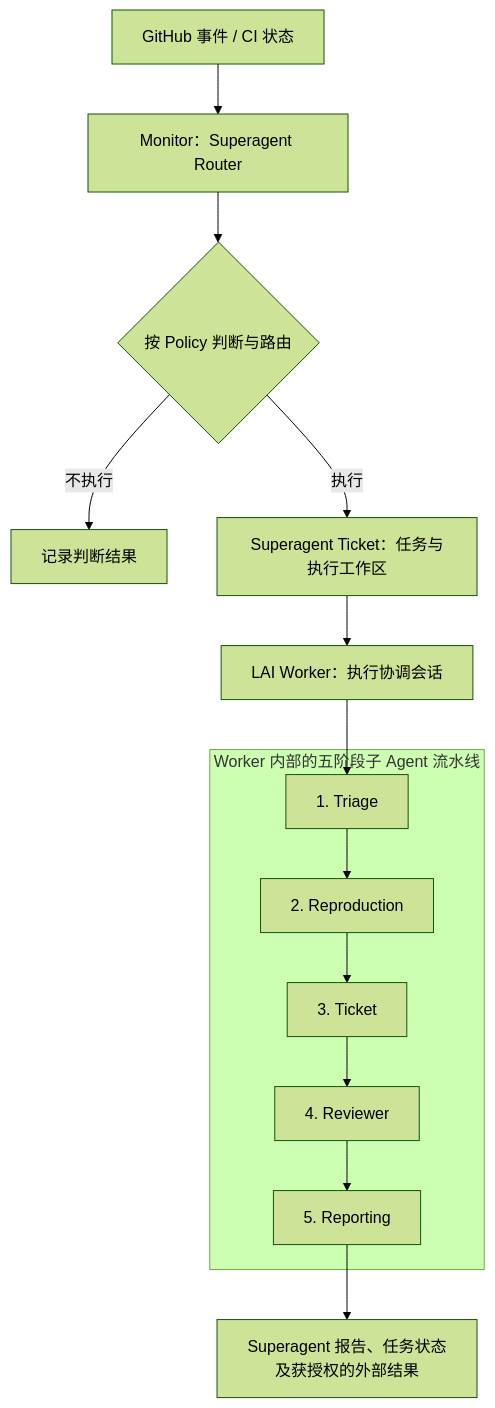
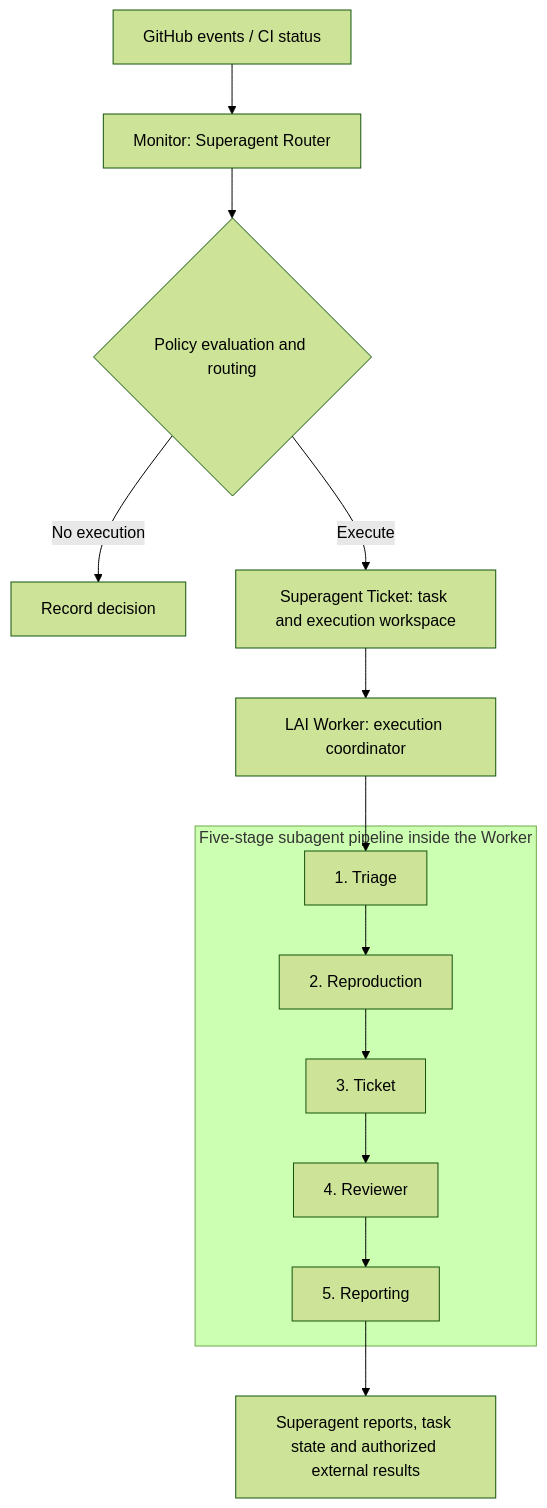
The diagram in README.md (devsuperjin/LAI-Trial), drawn with Mermaid (forest theme) before and after one commit. The commit also changed other lines of this file and 1 other file, not shown here.

````diff
--- a/README.md
+++ b/README.md
@@ -18,16 +20,16 @@
 ```mermaid
 flowchart TD
-    Input["GitHub 事件 / CI 状态"] --> Router["Monitor：Superagent Router"]
-    Router --> Decision{"按 Policy 判断与路由"}
-    Decision -->|不执行| Record["记录判断结果"]
-    Decision -->|执行| Task["Superagent Ticket：任务与执行工作区"]
-    Task --> Worker["LAI Worker：执行协调会话"]
-    subgraph Pipeline["Worker 内部的五阶段子 Agent 流水线"]
+    Input["GitHub events / CI status"] --> Router["Monitor: Superagent Router"]
+    Router --> Decision{"Policy evaluation and routing"}
+    Decision -->|No execution| Record["Record decision"]
+    Decision -->|Execute| Task["Superagent Ticket: task and execution workspace"]
+    Task --> Worker["LAI Worker: execution coordinator"]
+    subgraph Pipeline["Five-stage subagent pipeline inside the Worker"]
         Triage["1. Triage"] --> Reproduce["2. Reproduction"]
         Reproduce --> Ticket["3. Ticket"]
         Ticket --> Review["4. Reviewer"]
         Review --> Reporter["5. Reporting"]
     end
     Worker --> Triage
-    Reporter --> Result["Superagent 报告、任务状态及获授权的外部结果"]
+    Reporter --> Result["Superagent reports, task state and authorized external results"]
 ```
````
